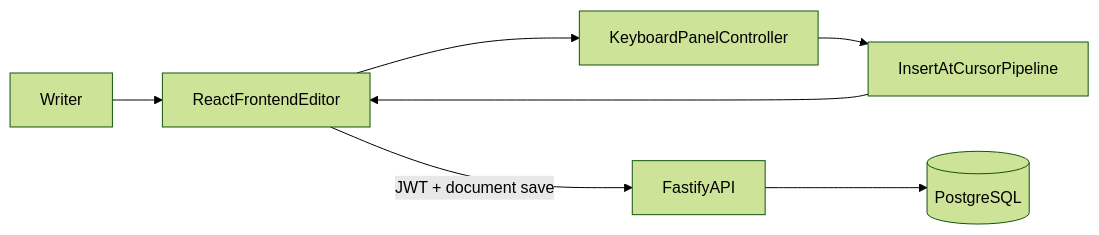
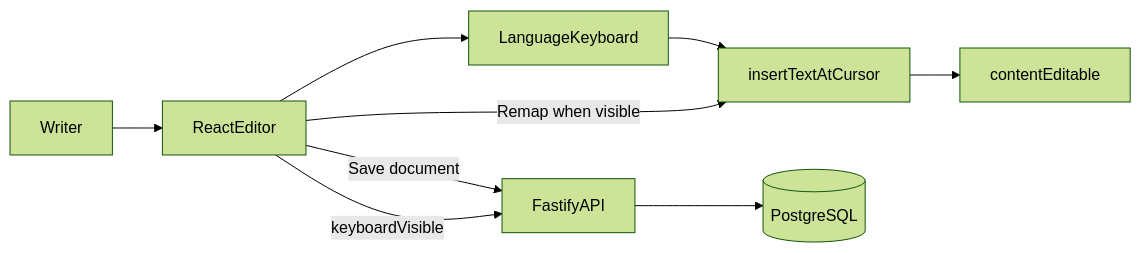
Before and after one commit to TommyKolb/GlossaDocs: the diagram in docs/specs/user-story-3-russian-onscreen-keyboard-spec.md, drawn with Mermaid (forest theme). The commit also changed other lines of this file and 10 other files, not shown here.

````diff
--- a/docs/specs/user-story-3-russian-onscreen-keyboard-spec.md
+++ b/docs/specs/user-story-3-russian-onscreen-keyboard-spec.md
@@ -21,10 +24,11 @@
 ```mermaid
 flowchart LR
-  user[Writer] --> fe[ReactFrontendEditor]
-  fe --> kbd[KeyboardPanelController]
-  kbd --> ins[InsertAtCursorPipeline]
-  ins --> fe
-
-  fe -->|"JWT + document save"| api[FastifyAPI]
+  user[Writer] --> fe[ReactEditor]
+  fe --> kbd[LanguageKeyboard]
+  kbd --> ins[insertTextAtCursor]
+  ins --> ce[contentEditable]
+  fe -->|"Remap when visible"| ins
+  fe -->|"Save document"| api[FastifyAPI]
+  fe -->|"keyboardVisible"| api
   api --> pg[(PostgreSQL)]
 ```
````
